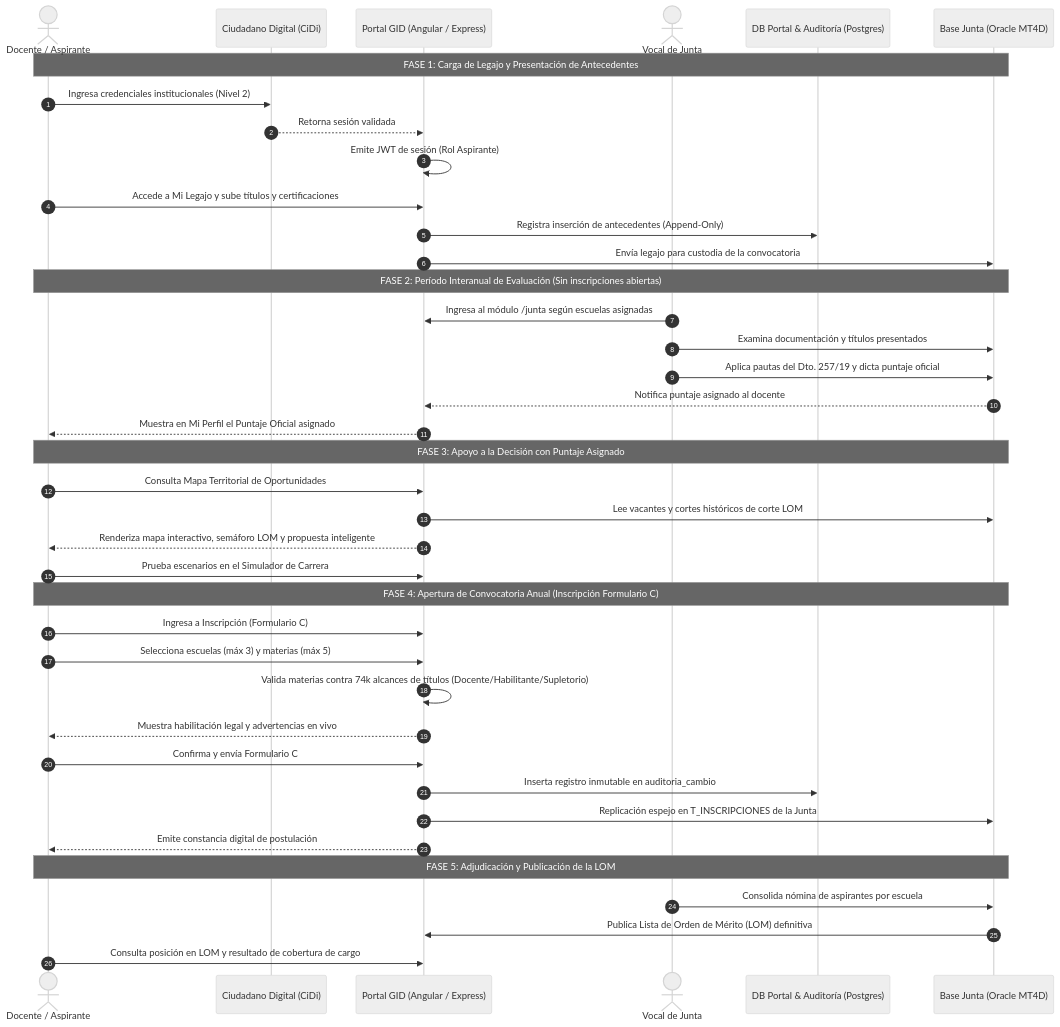
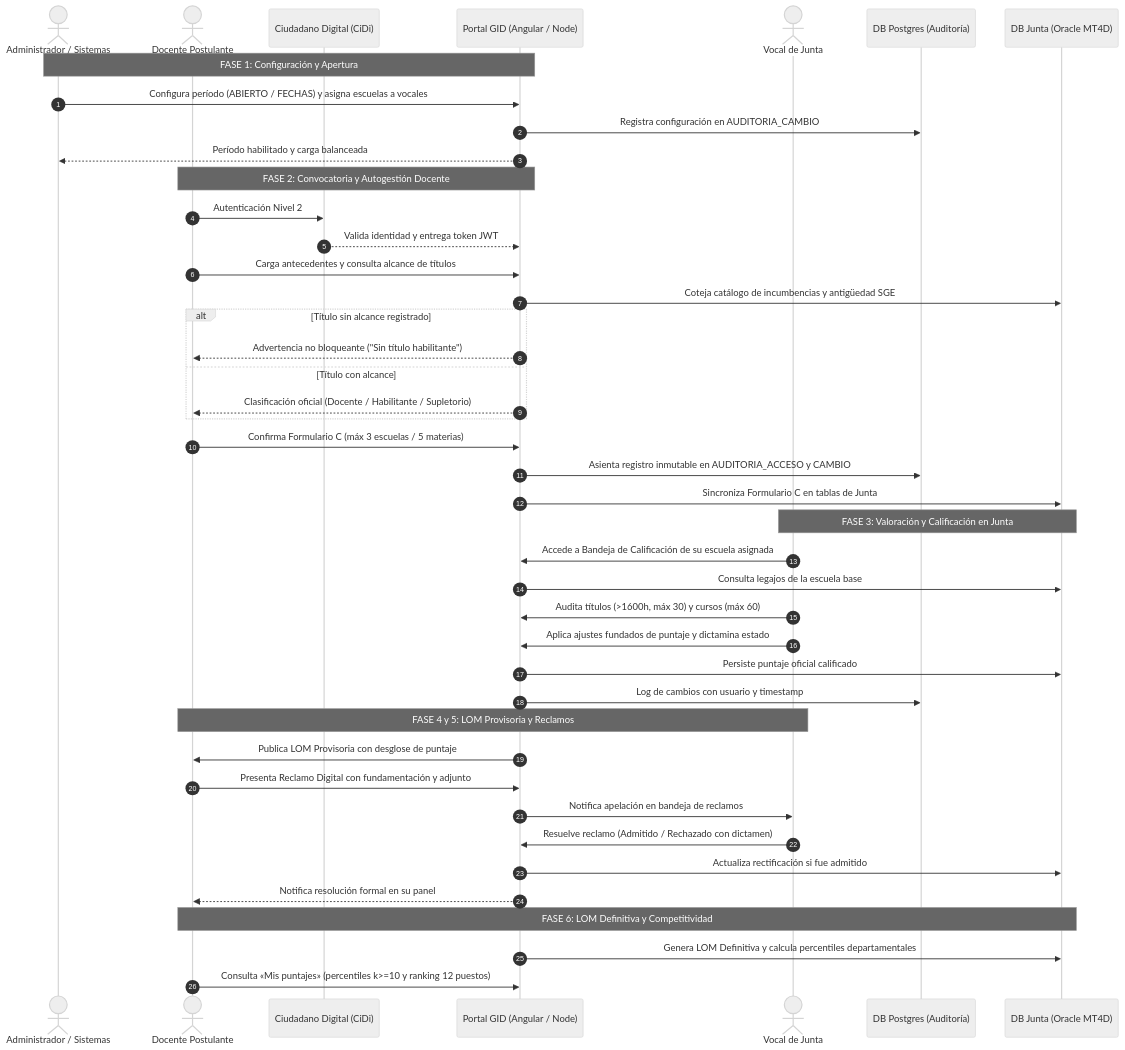
The second of 4 diagrams in Instancia 5 - Fin de Proyecto - G24.md (nicoSteffolani-UTN/GID-DOCUMENTACION), drawn with Mermaid (neutral theme) before and after one commit. The commit also changed other lines of this file and 39 other files, not shown here.

Commit message:
correcciones para HU y entrega nro 5

````diff
--- a/Instancia 5 - Fin de Proyecto - G24.md
+++ b/Instancia 5 - Fin de Proyecto - G24.md
@@ -171,51 +187,55 @@
 ```mermaid
 sequenceDiagram
     autonumber
-    actor Docente as Docente / Aspirante
+    actor Admin as Administrador / Sistemas
+    actor Docente as Docente Postulante
     participant CiDi as Ciudadano Digital (CiDi)
-    participant Portal as Portal GID (Angular / Express)
+    participant Portal as Portal GID (Angular / Node)
     actor Vocal as Vocal de Junta
-    participant Auditoria as DB Portal & Auditoría (Postgres)
-    participant JuntaDB as Base Junta (Oracle MT4D)
+    participant Postgres as DB Postgres (Auditoría)
+    participant Oracle as DB Junta (Oracle MT4D)
 
-    %% FASE 1: LEGAJO
-    Note over Docente, JuntaDB: FASE 1: Carga de Legajo y Presentación de Antecedentes
-    Docente->>CiDi: Ingresa credenciales institucionales (Nivel 2)
-    CiDi-->>Portal: Retorna sesión validada
-    Portal->>Portal: Emite JWT de sesión (Rol Aspirante)
-    Docente->>Portal: Accede a Mi Legajo y sube títulos y certificaciones
-    Portal->>Auditoria: Registra inserción de antecedentes (Append-Only)
-    Portal->>JuntaDB: Envía legajo para custodia de la convocatoria
+    %% FASE 1: APERTURA
+    Note over Admin,Portal: FASE 1: Configuración y Apertura
+    Admin->>Portal: Configura período (ABIERTO / FECHAS) y asigna escuelas a vocales
+    Portal->>Postgres: Registra configuración en AUDITORIA_CAMBIO
+    Portal-->>Admin: Período habilitado y carga balanceada
 
-    %% FASE 2: EVALUACIÓN DE JUNTA (ESPERA)
-    Note over Docente, JuntaDB: FASE 2: Período Interanual de Evaluación (Sin inscripciones abiertas)
-    Vocal->>Portal: Ingresa al módulo /junta según escuelas asignadas
-    Vocal->>JuntaDB: Examina documentación y títulos presentados
-    Vocal->>JuntaDB: Aplica pautas del Dto. 257/19 y dicta puntaje oficial
-    JuntaDB-->>Portal: Notifica puntaje asignado al docente
-    Portal-->>Docente: Muestra en Mi Perfil el Puntaje Oficial asignado
+    %% FASE 2: AUTOGESTIÓN DOCENTE
+    Note over Docente,Portal: FASE 2: Convocatoria y Autogestión Docente
+    Docente->>CiDi: Autenticación Nivel 2
+    CiDi-->>Portal: Valida identidad y entrega token JWT
+    Docente->>Portal: Carga antecedentes y consulta alcance de títulos
+    Portal->>Oracle: Coteja catálogo de incumbencias y antigüedad SGE
+    alt Título sin alcance registrado
+        Portal-->>Docente: Advertencia no bloqueante ("Sin título habilitante")
+    else Título con alcance
+        Portal-->>Docente: Clasificación oficial (Docente / Habilitante / Supletorio)
+    end
+    Docente->>Portal: Confirma Formulario C (máx 3 escuelas / 5 materias)
+    Portal->>Postgres: Asienta registro inmutable en AUDITORIA_ACCESO y CAMBIO
+    Portal->>Oracle: Sincroniza Formulario C en tablas de Junta
 
-    %% FASE 3: HERRAMIENTAS DE APOYO A LA DECISIÓN
-    Note over Docente, JuntaDB: FASE 3: Apoyo a la Decisión con Puntaje Asignado
-    Docente->>Portal: Consulta Mapa Territorial de Oportunidades
-    Portal->>JuntaDB: Lee vacantes y cortes históricos de corte LOM
-    Portal-->>Docente: Renderiza mapa interactivo, semáforo LOM y propuesta inteligente
-    Docente->>Portal: Prueba escenarios en el Simulador de Carrera
+    %% FASE 3: CALIFICACIÓN
+    Note over Vocal,Oracle: FASE 3: Valoración y Calificación en Junta
+    Vocal->>Portal: Accede a Bandeja de Calificación de su escuela asignada
+    Portal->>Oracle: Consulta legajos de la escuela base
+    Vocal->>Portal: Audita títulos (>1600h, máx 30) y cursos (máx 60)
+    Vocal->>Portal: Aplica ajustes fundados de puntaje y dictamina estado
+    Portal->>Oracle: Persiste puntaje oficial calificado
+    Portal->>Postgres: Log de cambios con usuario y timestamp
 
-    %% FASE 4: CONVOCATORIA Y FORMULARIO C
-    Note over Docente, JuntaDB: FASE 4: Apertura de Convocatoria Anual (Inscripción Formulario C)
-    Docente->>Portal: Ingresa a Inscripción (Formulario C)
-    Docente->>Portal: Selecciona escuelas (máx 3) y materias (máx 5)
-    Portal->>Portal: Valida materias contra 74k alcances de títulos (Docente/Habilitante/Supletorio)
-    Portal-->>Docente: Muestra habilitación legal y advertencias en vivo
-    Docente->>Portal: Confirma y envía Formulario C
-    Portal->>Auditoria: Inserta registro inmutable en auditoria_cambio
-    Portal->>JuntaDB: Replicación espejo en T_INSCRIPCIONES de la Junta
-    Portal-->>Docente: Emite constancia digital de postulación
+    %% FASE 4: LOM PROVISORIA Y RECLAMOS
+    Note over Docente,Vocal: FASE 4 y 5: LOM Provisoria y Reclamos
+    Portal->>Docente: Publica LOM Provisoria con desglose de puntaje
+    Docente->>Portal: Presenta Reclamo Digital con fundamentación y adjunto
+    Portal->>Vocal: Notifica apelación en bandeja de reclamos
+    Vocal->>Portal: Resuelve reclamo (Admitido / Rechazado con dictamen)
+    Portal->>Oracle: Actualiza rectificación si fue admitido
+    Portal-->>Docente: Notifica resolución formal en su panel
 
-    %% FASE 5: LOM Y ADJUDICACIÓN
-    Note over Docente, JuntaDB: FASE 5: Adjudicación y Publicación de la LOM
-    Vocal->>JuntaDB: Consolida nómina de aspirantes por escuela
-    JuntaDB->>Portal: Publica Lista de Orden de Mérito (LOM) definitiva
-    Docente->>Portal: Consulta posición en LOM y resultado de cobertura de cargo
+    %% FASE 6: LOM DEFINITIVA
+    Note over Docente,Oracle: FASE 6: LOM Definitiva y Competitividad
+    Portal->>Oracle: Genera LOM Definitiva y calcula percentiles departamentales
+    Docente->>Portal: Consulta «Mis puntajes» (percentiles k>=10 y ranking 12 puestos)
 ```
````
